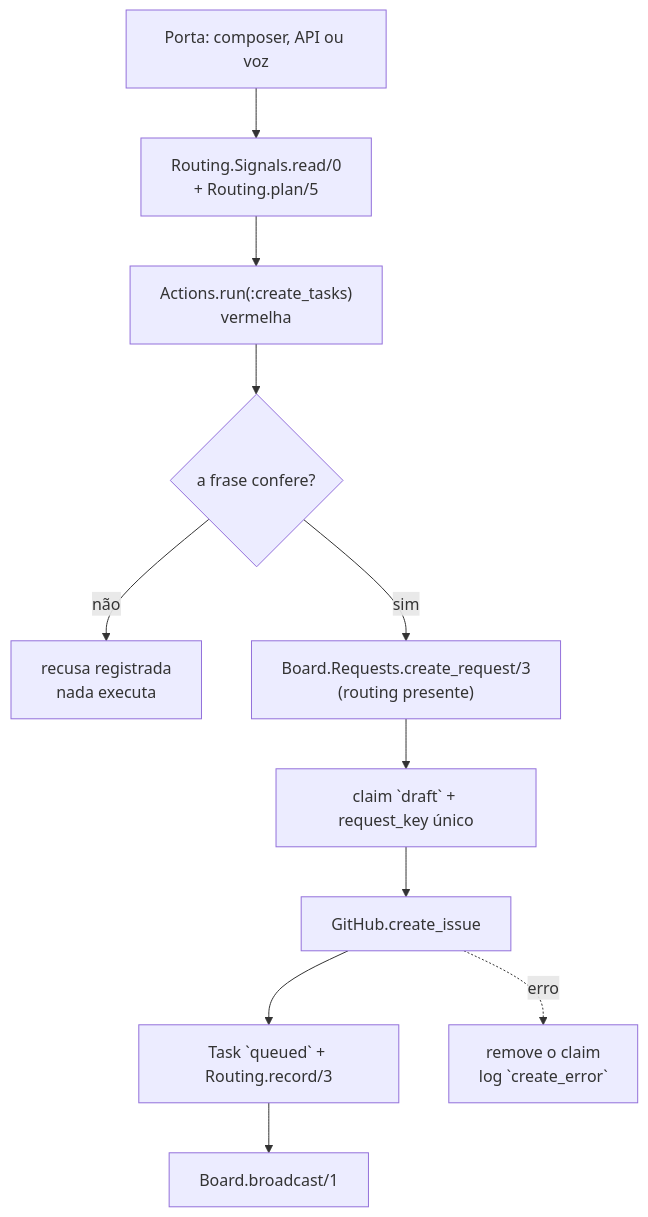
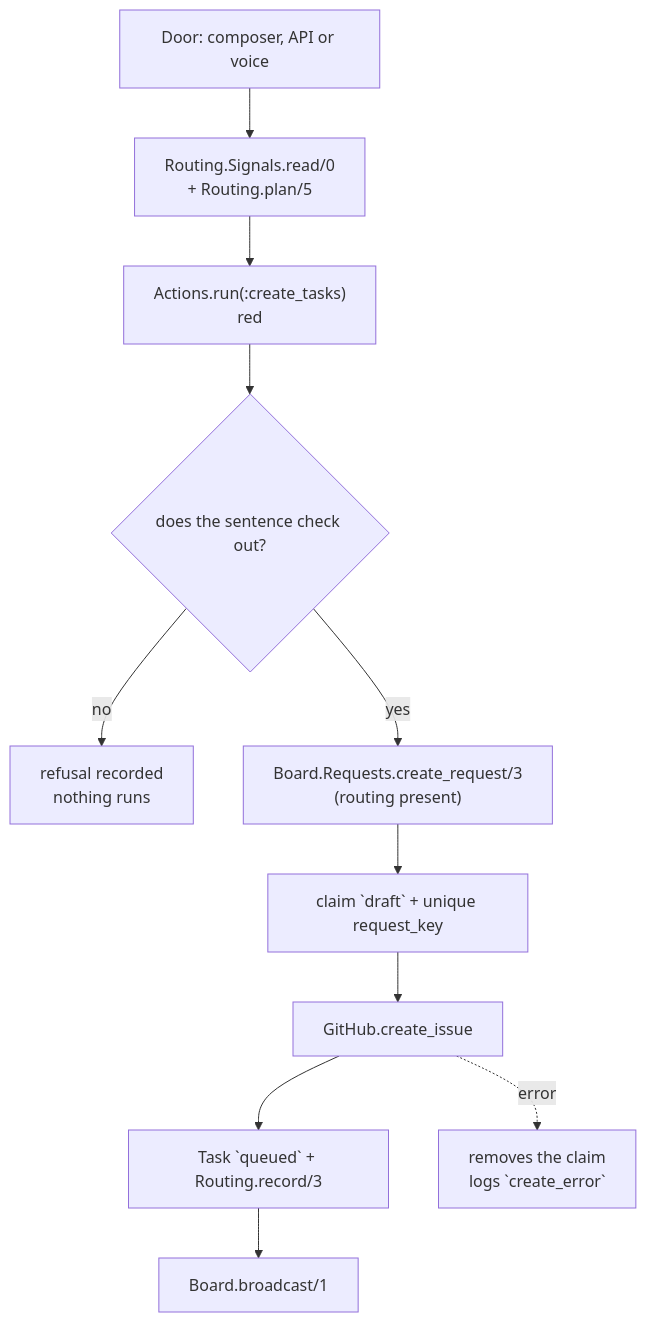
One commit to sallaumen/dsh-superagent-superboard changed the third of 5 diagrams in docs/architecture/README.md. Above: the diagram before and after it, drawn with Mermaid. The commit also changed other lines of this file and 34 other files, not shown here.

````diff
--- a/docs/architecture/README.md
+++ b/docs/architecture/README.md
@@ -137,13 +139,13 @@
 ```mermaid
 flowchart TD
-    A["Porta: composer, API ou voz"] --> B["Routing.Signals.read/0\n+ Routing.plan/5"]
-    B --> C["Actions.run(:create_tasks)\nvermelha"]
-    C --> D{"a frase confere?"}
-    D -- não --> X["recusa registrada\nnada executa"]
-    D -- sim --> E["Board.Requests.create_request/3\n(routing presente)"]
-    E --> F["claim `draft` + request_key único"]
+    A["Door: composer, API or voice"] --> B["Routing.Signals.read/0\n+ Routing.plan/5"]
+    B --> C["Actions.run(:create_tasks)\nred"]
+    C --> D{"does the sentence check out?"}
+    D -- no --> X["refusal recorded\nnothing runs"]
+    D -- yes --> E["Board.Requests.create_request/3\n(routing present)"]
+    E --> F["claim `draft` + unique request_key"]
     F --> G["GitHub.create_issue"]
     G --> H["Task `queued` + Routing.record/3"]
     H --> I["Board.broadcast/1"]
-    G -. erro .-> J["remove o claim\nlog `create_error`"]
+    G -. error .-> J["removes the claim\nlogs `create_error`"]
 ```
````
